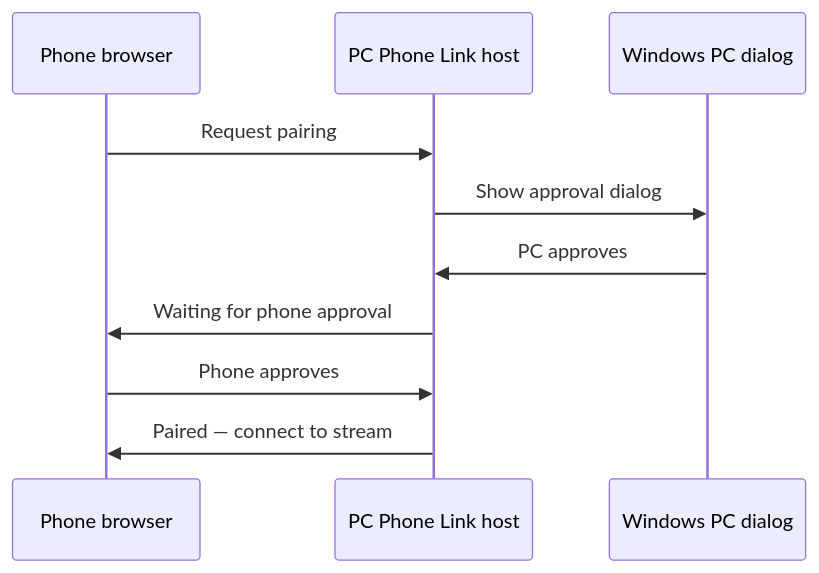
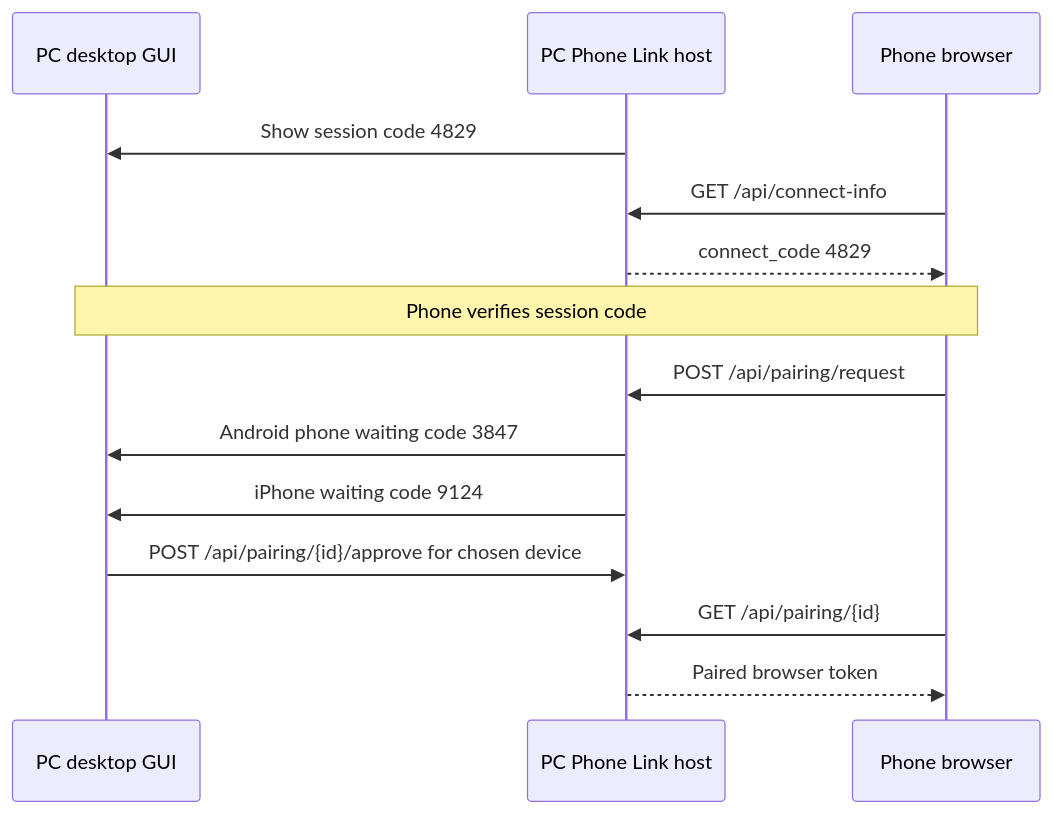
One commit to PearceMullins/pc-phone-link changed the diagram in docs/PAIRING.md. Above: the diagram before and after it, drawn with Mermaid. The commit also changed other lines of this file and 44 other files, not shown here.

````diff
--- a/docs/PAIRING.md
+++ b/docs/PAIRING.md
@@ -14,13 +23,17 @@
 ```mermaid
 sequenceDiagram
-    participant Phone as Phone browser
-    participant Host as PC Phone Link host
-    participant PC as Windows PC dialog
+  participant PCGui as PC desktop GUI
+  participant Host as PC Phone Link host
+  participant Phone as Phone browser
 
-    Phone->>Host: Request pairing
-    Host->>PC: Show approval dialog
-    PC->>Host: PC approves
-    Host->>Phone: Waiting for phone approval
-    Phone->>Host: Phone approves
-    Host->>Phone: Paired — connect to stream
+  Host->>PCGui: Show session code 4829
+  Phone->>Host: GET /api/connect-info
+  Host-->>Phone: connect_code 4829
+  Note over Phone,PCGui: Phone verifies session code
+  Phone->>Host: POST /api/pairing/request
+  Host->>PCGui: Android phone waiting code 3847
+  Host->>PCGui: iPhone waiting code 9124
+  PCGui->>Host: POST /api/pairing/{id}/approve for chosen device
+  Phone->>Host: GET /api/pairing/{id}
+  Host-->>Phone: Paired browser token
 ```
````
